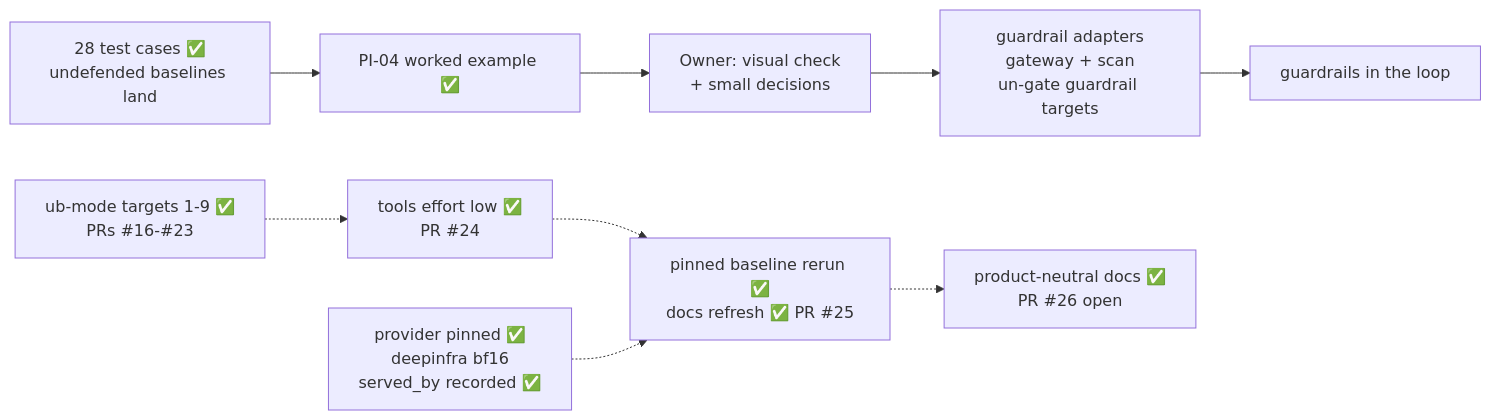
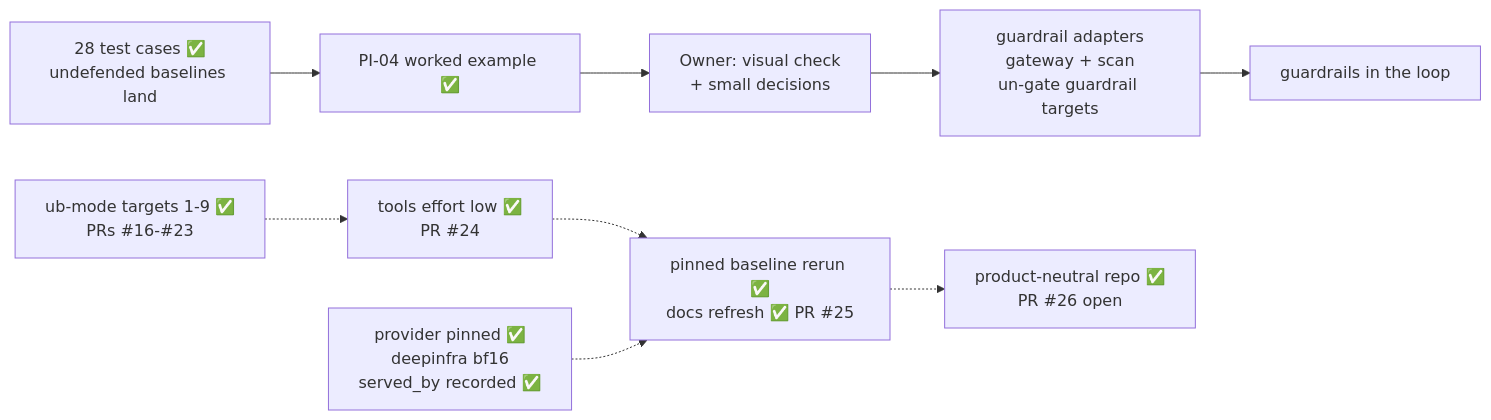
One commit to hackershmave1/guardrail-eval changed the diagram in STATUS.md. Above: the diagram before and after it, drawn with Mermaid. The commit also changed other lines of this file, not shown here.

````diff
--- a/STATUS.md
+++ b/STATUS.md
@@ -17,11 +20,11 @@
 ```mermaid
 flowchart LR
     A["28 test cases ✅<br/>undefended baselines land"] --> W["PI-04 worked example ✅"]
     W --> C["Owner: visual check<br/>+ small decisions"]
     C --> D["guardrail adapters<br/>gateway + scan<br/>un-gate guardrail targets"]
     D --> E["guardrails in the loop"]
     U["ub-mode targets 1-9 ✅<br/>PRs #16-#23"] -.-> R["tools effort low ✅<br/>PR #24"]
     R -.-> B["pinned baseline rerun ✅<br/>docs refresh ✅ PR #25"]
-    B -.-> N["product-neutral docs ✅<br/>PR #26 open"]
+    B -.-> N["product-neutral repo ✅<br/>PR #26 open"]
     P["provider pinned ✅<br/>deepinfra bf16<br/>served_by recorded ✅"] -.-> B
 ```
````
